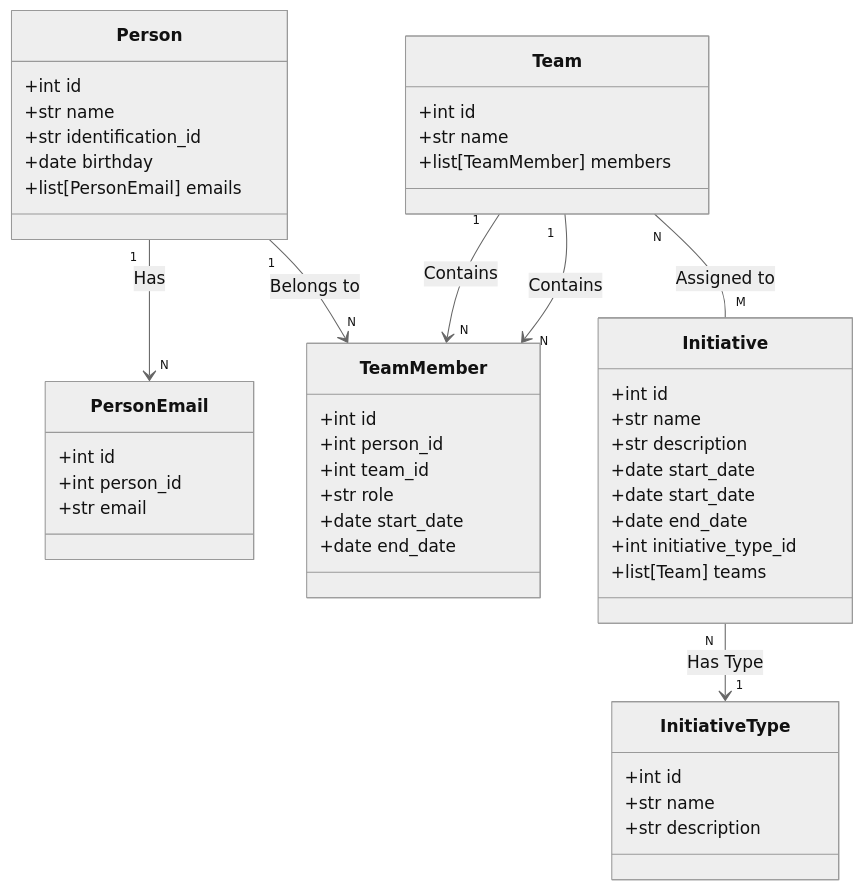
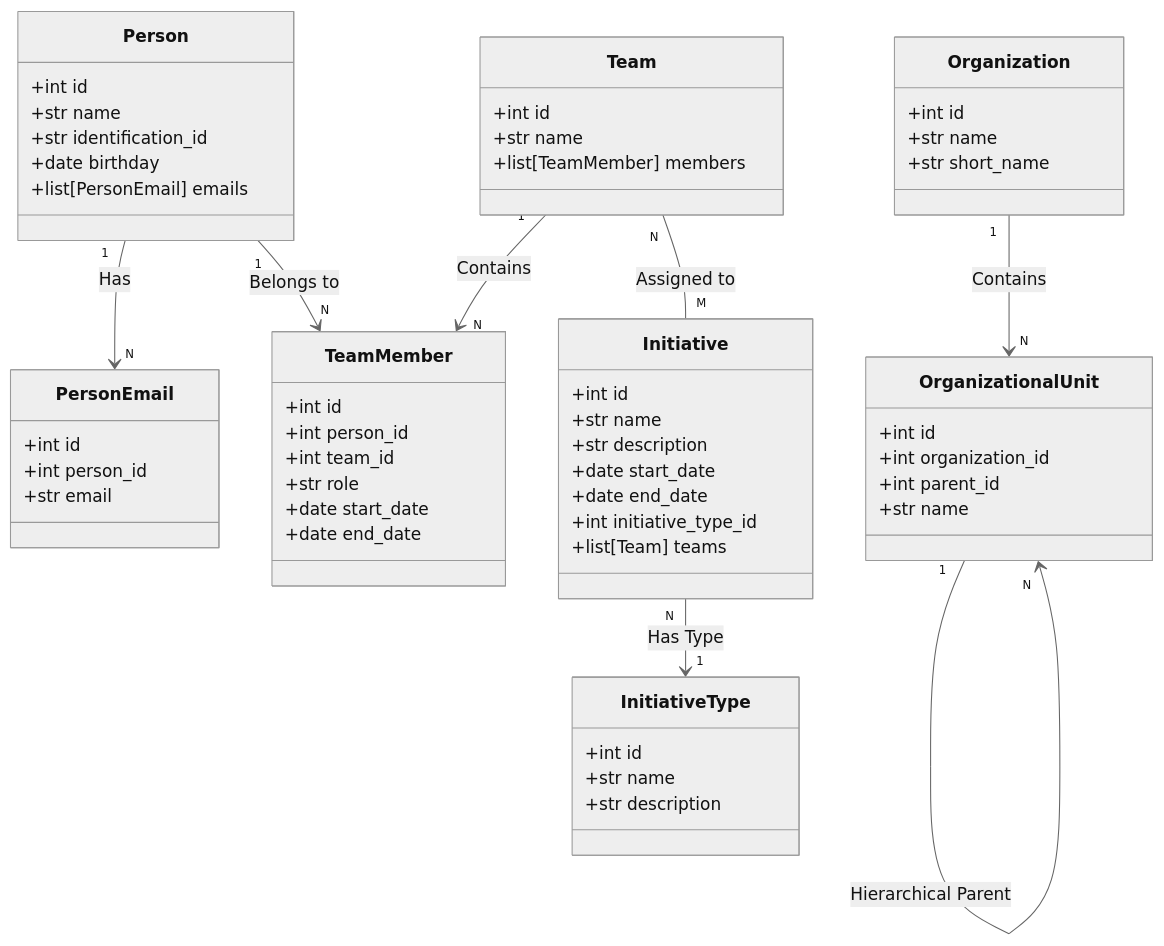
Before and after one commit to The-Band-Solution/eo_lib: the first of 4 diagrams in docs/sdd.md, drawn with Mermaid (neutral theme). The commit also changed other lines of this file and 2 other files, not shown here.

First line of the commit message:
docs: align documentation with Organization/Unit implementation

````diff
--- a/docs/sdd.md
+++ b/docs/sdd.md
@@ -91,57 +111,70 @@
 ```mermaid
 classDiagram
     %% Entities
     class Person {
         +int id
         +str name
         +str identification_id
         +date birthday
         +list[PersonEmail] emails
     }
 
     class PersonEmail {
         +int id
         +int person_id
         +str email
     }
 
     class Team {
         +int id
         +str name
         +list[TeamMember] members
     }
 
     class TeamMember {
         +int id
         +int person_id
         +int team_id
         +str role
         +date start_date
         +date end_date
     }
     
     class InitiativeType {
         +int id
         +str name
         +str description
     }
 
     class Initiative {
         +int id
         +str name
         +str description
         +date start_date
-        +date start_date
         +date end_date
         +int initiative_type_id
         +list[Team] teams
+    }
+
+    class Organization {
+        +int id
+        +str name
+        +str short_name
+    }
+
+    class OrganizationalUnit {
+        +int id
+        +int organization_id
+        +int parent_id
+        +str name
     }
 
     %% Relationships
     Person "1" --> "N" PersonEmail : Has
     Person "1" --> "N" TeamMember : Belongs to
     Team "1" --> "N" TeamMember : Contains
-    Team "1" --> "N" TeamMember : Contains
     Team "N" -- "M" Initiative : Assigned to
     Initiative "N" --> "1" InitiativeType : Has Type
+    Organization "1" --> "N" OrganizationalUnit : Contains
+    OrganizationalUnit "1" --> "N" OrganizationalUnit : Hierarchical Parent
 ```
````
